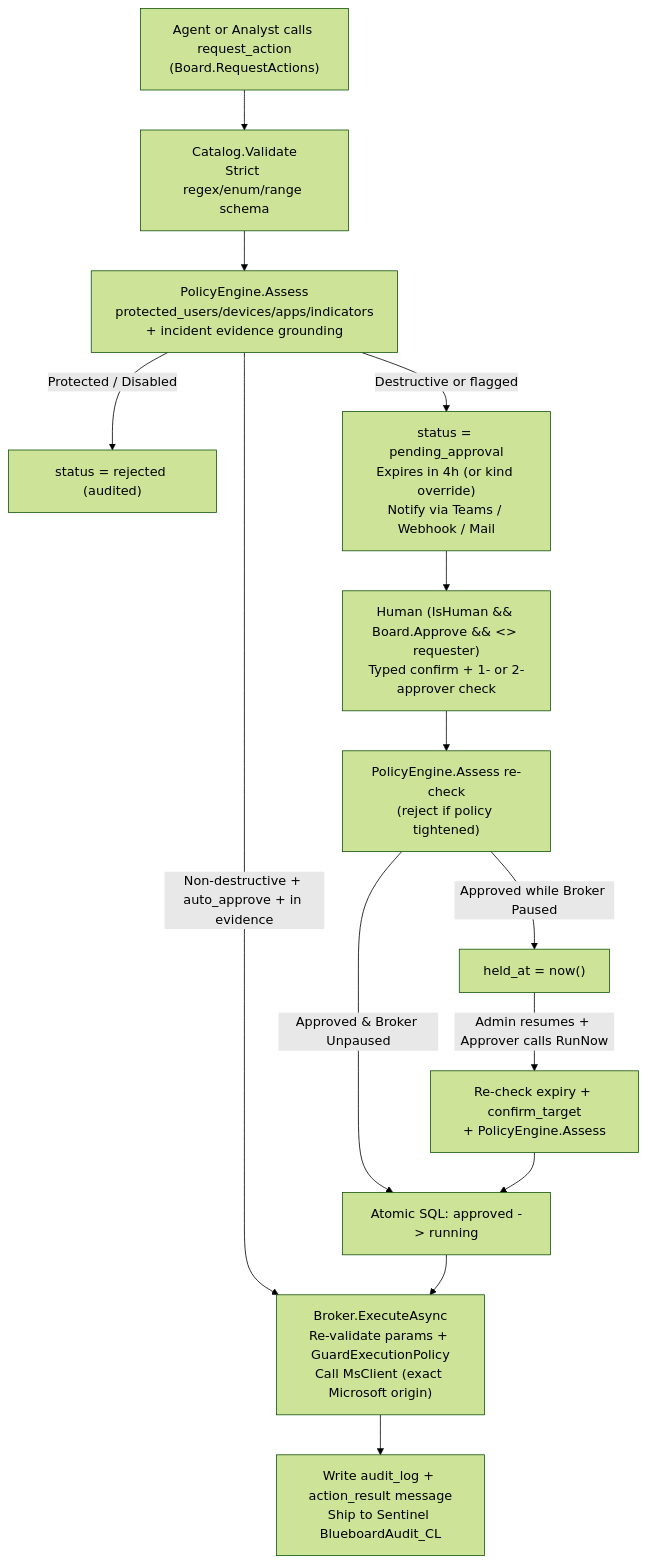
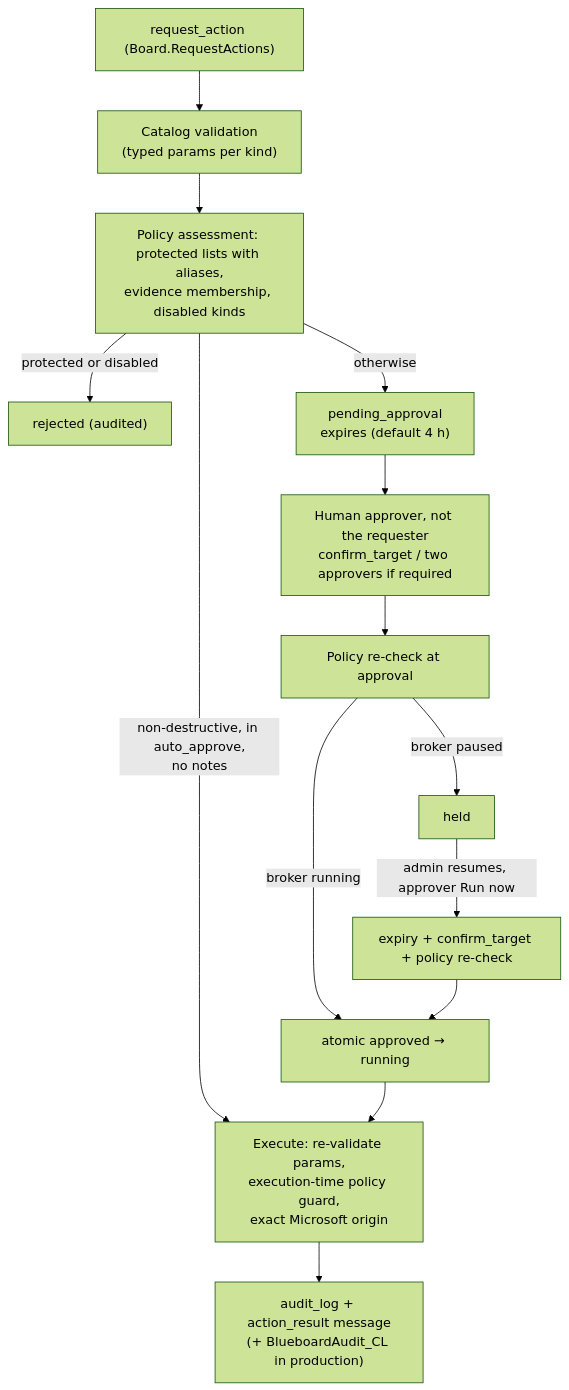
One commit to jusso-dev/blueboard changed the second of 4 diagrams in docs/THREAT-MODEL.md. Above: the diagram before and after it, drawn with Mermaid (forest theme). The commit also changed other lines of this file and 38 other files, not shown here.

````diff
--- a/docs/THREAT-MODEL.md
+++ b/docs/THREAT-MODEL.md
@@ -79,16 +140,16 @@
 ```mermaid
 flowchart TD
-  REQ["Agent or Analyst calls request_action<br/>(Board.RequestActions)"] --> SCHEMA["Catalog.Validate<br/>Strict regex/enum/range schema"]
-  SCHEMA --> EVAL1["PolicyEngine.Assess<br/>protected_users/devices/apps/indicators<br/>+ incident evidence grounding"]
-  EVAL1 -->|"Protected / Disabled"| REJ["status = rejected (audited)"]
-  EVAL1 -->|"Non-destructive + auto_approve + in evidence"| EXEC
-  EVAL1 -->|"Destructive or flagged"| WAIT["status = pending_approval<br/>Expires in 4h (or kind override)<br/>Notify via Teams / Webhook / Mail"]
-  WAIT --> DECIDE["Human (IsHuman && Board.Approve && <> requester)<br/>Typed confirm + 1- or 2-approver check"]
-  DECIDE --> EVAL2["PolicyEngine.Assess re-check<br/>(reject if policy tightened)"]
-  EVAL2 -->|"Approved & Broker Unpaused"| CLAIM["Atomic SQL: approved -> running"]
-  EVAL2 -->|"Approved while Broker Paused"| HELD["held_at = now()"]
-  HELD -->|"Admin resumes + Approver calls RunNow"| RUNNOW["Re-check expiry + confirm_target<br/>+ PolicyEngine.Assess"]
+  REQ["request_action (Board.RequestActions)"] --> SCHEMA["Catalog validation<br/>(typed params per kind)"]
+  SCHEMA --> EVAL1["Policy assessment: protected lists with aliases,<br/>evidence membership, disabled kinds"]
+  EVAL1 -->|"protected or disabled"| REJ["rejected (audited)"]
+  EVAL1 -->|"non-destructive, in auto_approve,<br/>no notes"| EXEC
+  EVAL1 -->|"otherwise"| WAIT["pending_approval<br/>expires (default 4 h)"]
+  WAIT --> DECIDE["Human approver, not the requester<br/>confirm_target / two approvers if required"]
+  DECIDE --> EVAL2["Policy re-check at approval"]
+  EVAL2 -->|"broker running"| CLAIM["atomic approved → running"]
+  EVAL2 -->|"broker paused"| HELD["held"]
+  HELD -->|"admin resumes, approver Run now"| RUNNOW["expiry + confirm_target + policy re-check"]
   RUNNOW --> CLAIM
-  CLAIM --> EXEC["Broker.ExecuteAsync<br/>Re-validate params + GuardExecutionPolicy<br/>Call MsClient (exact Microsoft origin)"]
-  EXEC --> AUDIT["Write audit_log + action_result message<br/>Ship to Sentinel BlueboardAudit_CL"]
+  CLAIM --> EXEC["Execute: re-validate params,<br/>execution-time policy guard,<br/>exact Microsoft origin"]
+  EXEC --> AUDIT["audit_log + action_result message<br/>(+ BlueboardAudit_CL in production)"]
 ```
````
